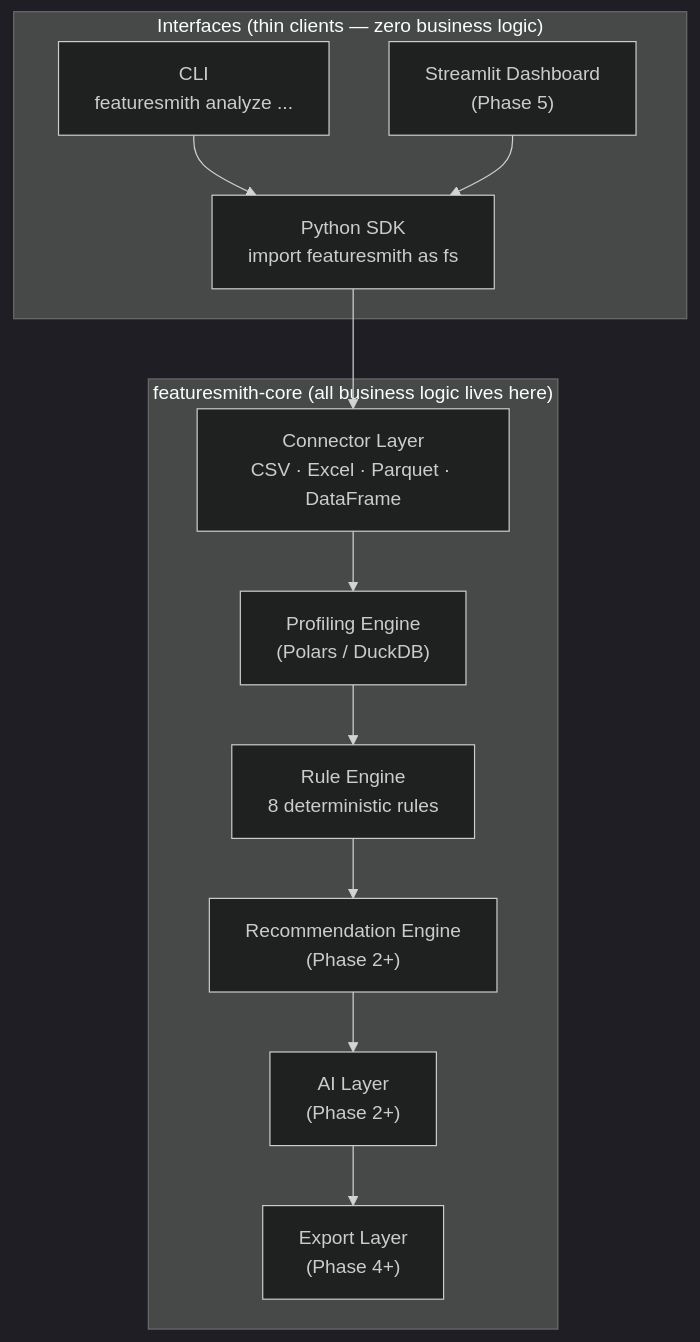
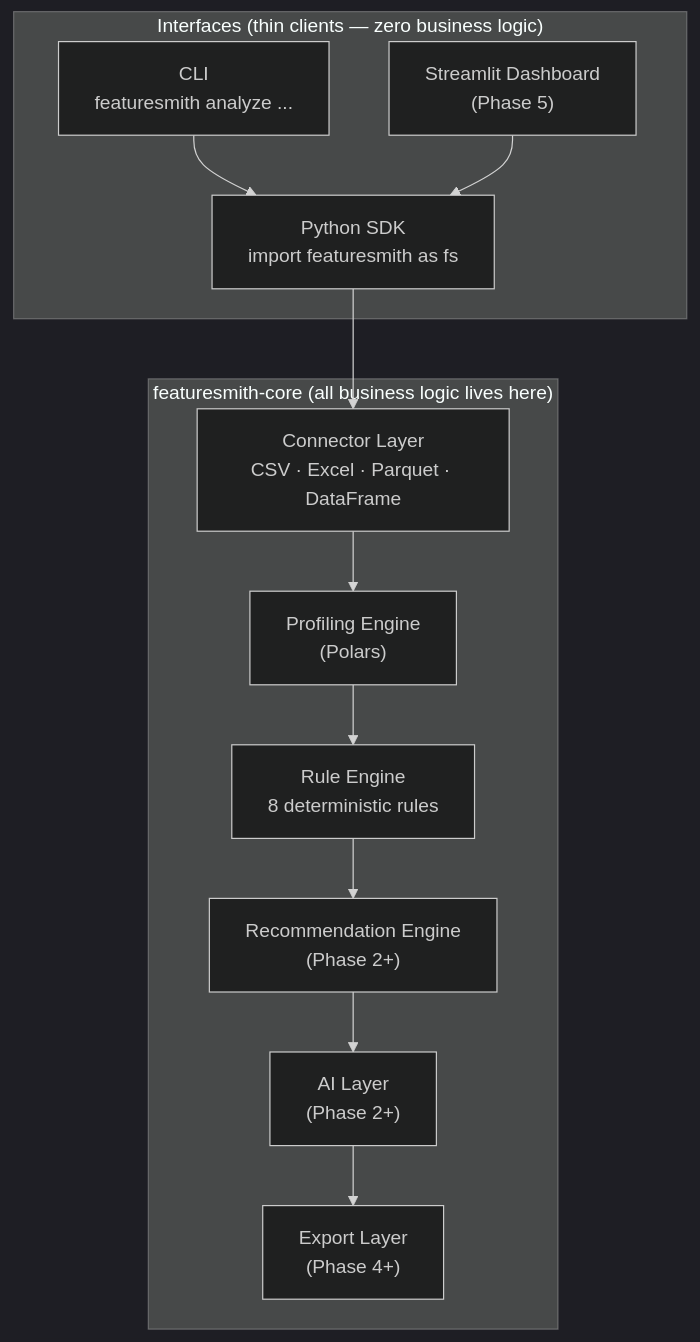
The diagram in README.md (adityagangwani30/FeatureSmith), drawn with Mermaid (dark theme) before and after one commit. The commit also changed other lines of this file and 63 other files, not shown here.

````diff
--- a/README.md
+++ b/README.md
@@ -68,21 +68,21 @@
 ```mermaid
 flowchart TB
     subgraph Interfaces["Interfaces (thin clients — zero business logic)"]
         SDK["Python SDK\nimport featuresmith as fs"]
         CLI["CLI\nfeaturesmith analyze ..."]
         DASH["Streamlit Dashboard\n(Phase 5)"]
     end
 
     subgraph Core["featuresmith-core (all business logic lives here)"]
         CONN["Connector Layer\nCSV · Excel · Parquet · DataFrame"]
-        PROF["Profiling Engine\n(Polars / DuckDB)"]
+        PROF["Profiling Engine\n(Polars)"]
         RULES["Rule Engine\n8 deterministic rules"]
         FUTURE_REC["Recommendation Engine\n(Phase 2+)"]
         FUTURE_AI["AI Layer\n(Phase 2+)"]
         FUTURE_EXP["Export Layer\n(Phase 4+)"]
     end
 
     CLI --> SDK
     DASH --> SDK
     SDK --> CONN --> PROF --> RULES --> FUTURE_REC --> FUTURE_AI --> FUTURE_EXP
 ```
````
